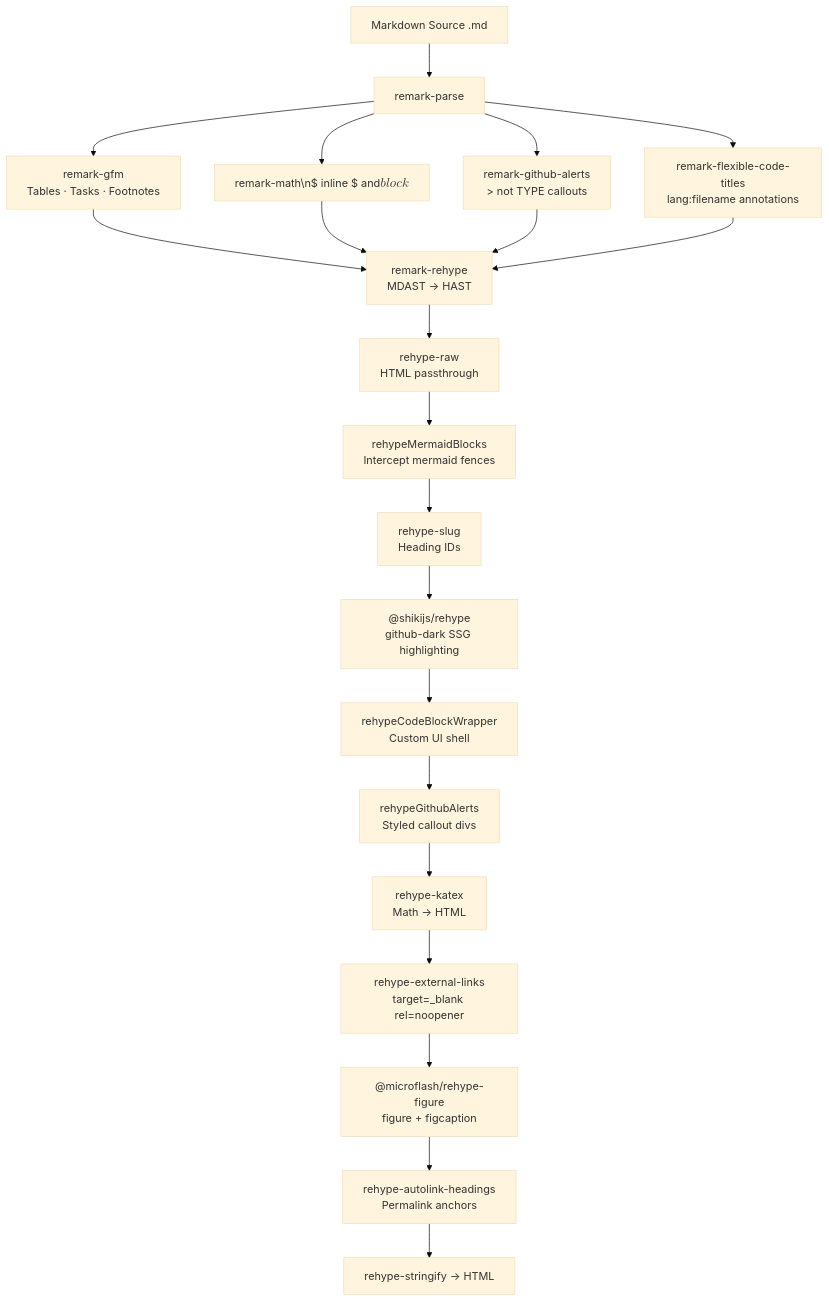
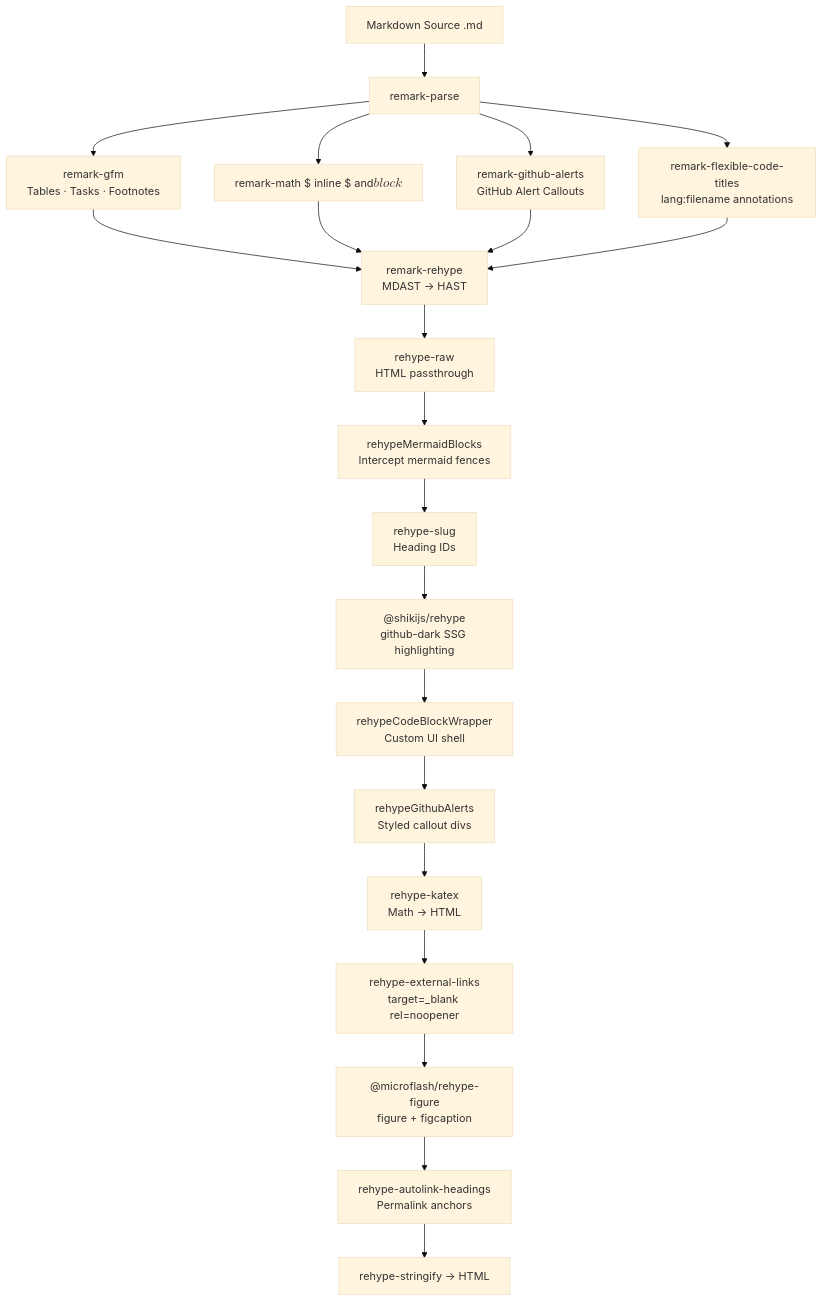
One commit to Bittu5134/bittu5134.github.io changed the first of 3 diagrams in public/raw/blogs/engineering-handbook-and-syntax-showcase.md. Above: the diagram before and after it, drawn with Mermaid (base theme). The commit also changed other lines of this file and 24 other files, not shown here.

Commit message:
feat(blog): fix mermaid diagrams, add dark theme, littlefoot footnotes, and static indexing search

````diff
--- a/public/raw/blogs/engineering-handbook-and-syntax-showcase.md
+++ b/public/raw/blogs/engineering-handbook-and-syntax-showcase.md
@@ -23,20 +23,20 @@
 ```mermaid
 flowchart TD
-    A[Markdown Source .md] --> B[remark-parse]
-    B --> C[remark-gfm\nTables · Tasks · Footnotes]
-    B --> D[remark-math\n$ inline $ and $$ block $$]
-    B --> E[remark-github-alerts\n> not TYPE callouts]
-    B --> F[remark-flexible-code-titles\nlang:filename annotations]
-    C & D & E & F --> G[remark-rehype\nMDAST → HAST]
-    G --> H[rehype-raw\nHTML passthrough]
-    H --> I[rehypeMermaidBlocks\nIntercept mermaid fences]
-    I --> J[rehype-slug\nHeading IDs]
-    J --> K["@shikijs/rehype\ngithub-dark SSG highlighting"]
-    K --> L[rehypeCodeBlockWrapper\nCustom UI shell]
-    L --> M[rehypeGithubAlerts\nStyled callout divs]
-    M --> N[rehype-katex\nMath → HTML]
-    N --> O[rehype-external-links\ntarget=_blank rel=noopener]
-    O --> P["@microflash/rehype-figure\nfigure + figcaption"]
-    P --> Q[rehype-autolink-headings\nPermalink anchors]
-    Q --> R[rehype-stringify → HTML]
+    A["Markdown Source .md"] --> B["remark-parse"]
+    B --> C["remark-gfm<br/>Tables · Tasks · Footnotes"]
+    B --> D["remark-math<br/>$ inline $ and $$ block $$"]
+    B --> E["remark-github-alerts<br/>GitHub Alert Callouts"]
+    B --> F["remark-flexible-code-titles<br/>lang:filename annotations"]
+    C & D & E & F --> G["remark-rehype<br/>MDAST → HAST"]
+    G --> H["rehype-raw<br/>HTML passthrough"]
+    H --> I["rehypeMermaidBlocks<br/>Intercept mermaid fences"]
+    I --> J["rehype-slug<br/>Heading IDs"]
+    J --> K["@shikijs/rehype<br/>github-dark SSG highlighting"]
+    K --> L["rehypeCodeBlockWrapper<br/>Custom UI shell"]
+    L --> M["rehypeGithubAlerts<br/>Styled callout divs"]
+    M --> N["rehype-katex<br/>Math → HTML"]
+    N --> O["rehype-external-links<br/>target=_blank rel=noopener"]
+    O --> P["@microflash/rehype-figure<br/>figure + figcaption"]
+    P --> Q["rehype-autolink-headings<br/>Permalink anchors"]
+    Q --> R["rehype-stringify → HTML"]
 ```
````
